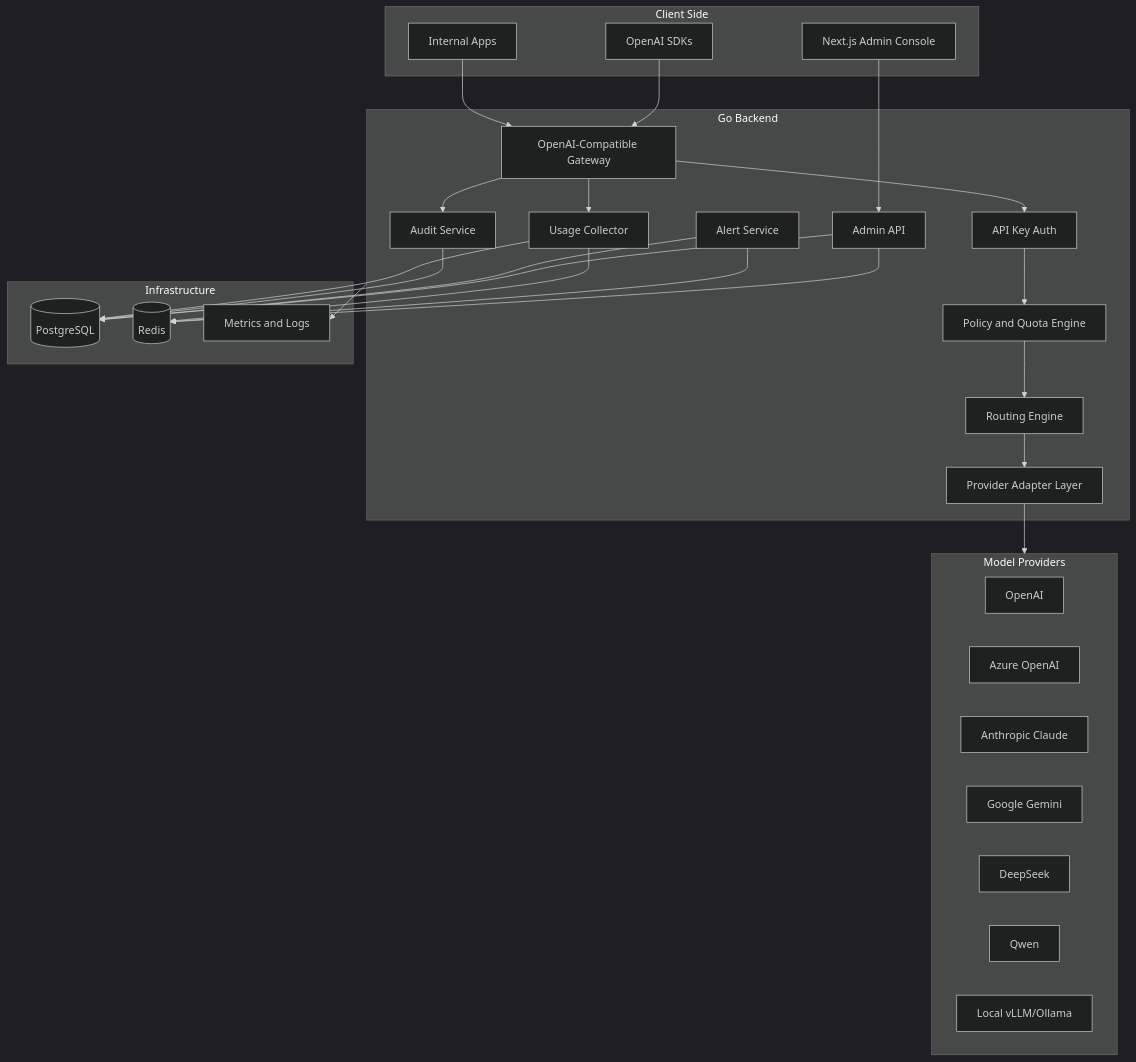
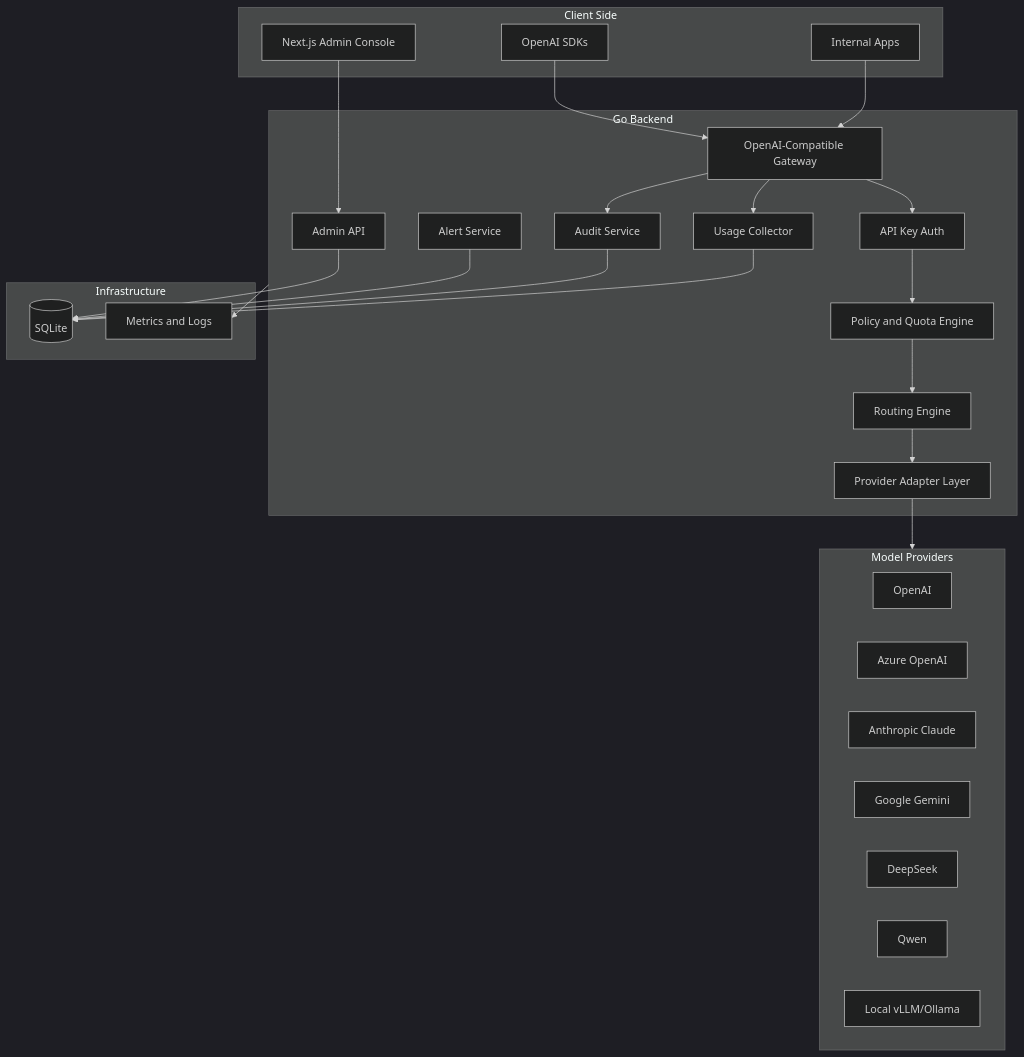
Before and after one commit to cngump/TokenHub: the first of 2 diagrams in doc/02-architecture.md, drawn with Mermaid (dark theme). The commit also changed other lines of this file and 26 other files, not shown here.

````diff
--- a/doc/02-architecture.md
+++ b/doc/02-architecture.md
@@ -18,52 +18,48 @@
 ```mermaid
 flowchart TB
     subgraph Client[Client Side]
         Apps[Internal Apps]
         SDKs[OpenAI SDKs]
         AdminUI[Next.js Admin Console]
     end
 
     subgraph Go[Go Backend]
         Gateway[OpenAI-Compatible Gateway]
         AdminAPI[Admin API]
         Auth[API Key Auth]
         Policy[Policy and Quota Engine]
         Router[Routing Engine]
         Adapter[Provider Adapter Layer]
         Usage[Usage Collector]
         Audit[Audit Service]
         Alert[Alert Service]
     end
 
     subgraph Infra[Infrastructure]
-        PG[(PostgreSQL)]
-        Redis[(Redis)]
+        DB[(SQLite)]
         Metrics[Metrics and Logs]
     end
 
     subgraph Providers[Model Providers]
         OpenAI[OpenAI]
         Azure[Azure OpenAI]
         Claude[Anthropic Claude]
         Gemini[Google Gemini]
         DeepSeek[DeepSeek]
         Qwen[Qwen]
         Local[Local vLLM/Ollama]
     end
 
     Apps --> Gateway
     SDKs --> Gateway
     AdminUI --> AdminAPI
     Gateway --> Auth --> Policy --> Router --> Adapter
     Adapter --> Providers
     Gateway --> Usage
     Gateway --> Audit
-    Usage --> PG
-    Usage --> Redis
-    Audit --> PG
-    Alert --> PG
-    Alert --> Redis
-    AdminAPI --> PG
-    AdminAPI --> Redis
+    Usage --> DB
+    Audit --> DB
+    Alert --> DB
+    AdminAPI --> DB
     Go --> Metrics
 ```
````
